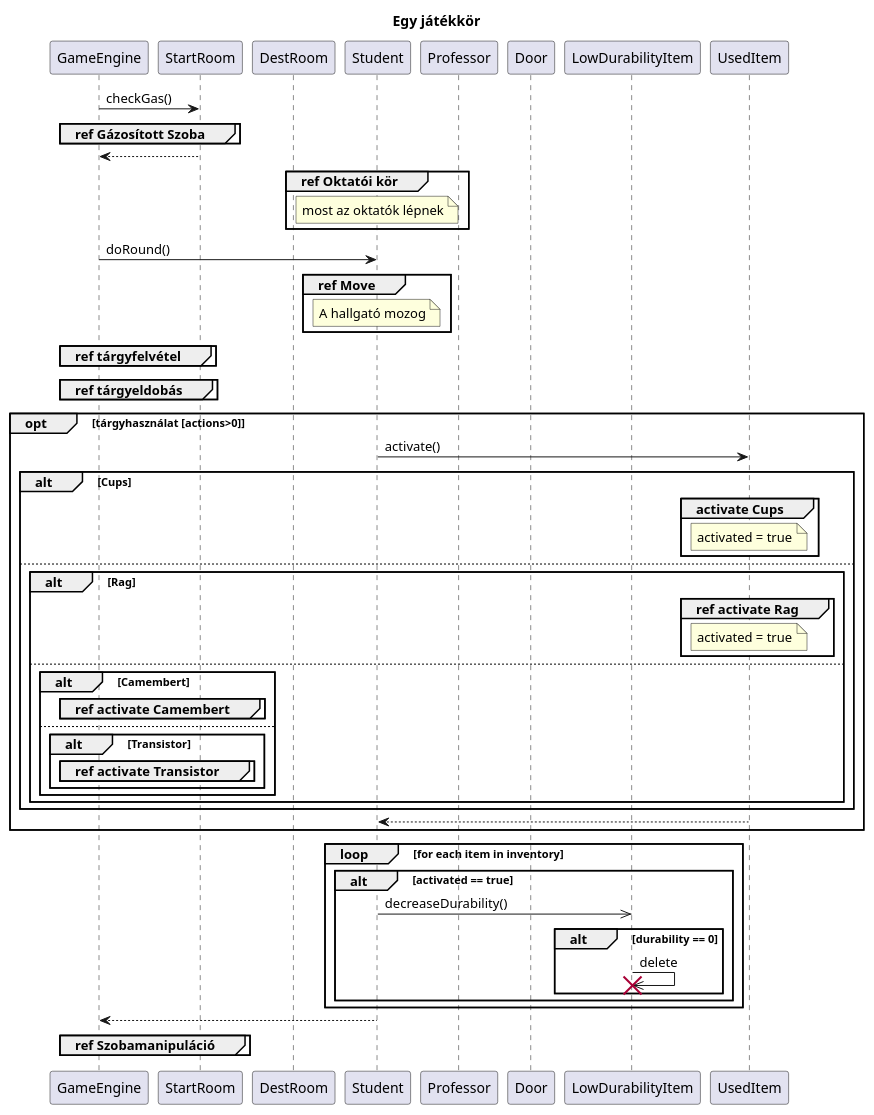
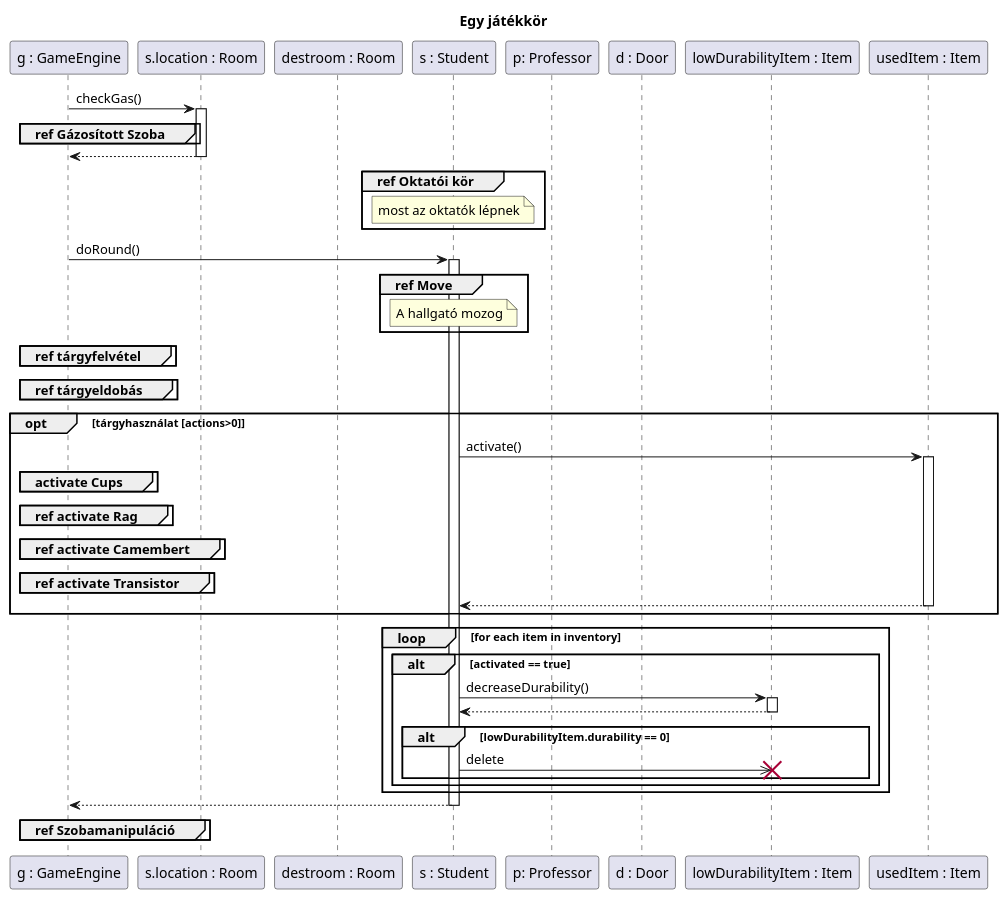
Before and after one commit to kipolaris/skyrimscriptsuttogok: the diagram in diagramms/src/game_round.puml, drawn with PlantUML. The commit also changed 4 other files, not shown here.

Commit message:
continued fixing diagrams

```diff
--- a/diagramms/src/game_round.puml
+++ b/diagramms/src/game_round.puml
@@ -1,82 +1,72 @@
 @startuml Round
 
 title Egy játékkör
 
-participant GameEngine as g
-participant StartRoom as sz
-participant DestRoom as dsz
-participant Student as h
-participant Professor as okt
-participant Door as a
-participant LowDurabilityItem as t2
-participant UsedItem as t
+participant "g : GameEngine" as g
+participant "s.location : Room" as sz
+participant "destroom : Room" as dsz
+participant "s : Student" as h
+participant "p: Professor" as okt
+participant "d : Door" as a
+participant "lowDurabilityItem : Item" as t2
+participant "usedItem : Item" as t
 
-'nem baj, ha nem aktorokból indulnak ki a diagramok?'
-
-g->sz : checkGas()
+g->sz ++: checkGas()
 group ref Gázosított Szoba
 end
-sz-->g
+sz-->g --:
 
 group ref Oktatói kör
     note over h: most az oktatók lépnek
 end
 
-g -> h : doRound()
+g -> h ++: doRound()
 
 group ref Move
 note over h : A hallgató mozog
 end
 
 
 
 group ref tárgyfelvétel
 end
 
 group ref tárgyeldobás
 end
 
 opt tárgyhasználat [actions>0]
-    h->t : activate()
+    h->t ++: activate()
 
-    alt Cups
+    
         group activate Cups
-            note over t : activated = true
         end
-    else
-        alt Rag
-            group ref activate Rag
-                note over t : activated = true
-            end
-        else
-            alt Camembert
-                group ref activate Camembert
-                end
-            else
-                alt Transistor
-                    group ref activate Transistor
-                    end
-                end
-            end
+
+        group ref activate Rag
         end
-    end
 
-    t-->h
+        group ref activate Camembert
+        end
+
+        group ref activate Transistor
+        end
+
+    t-->h --:
 
 end
 
 loop for each item in inventory
     alt activated == true
-        h->>t2 : decreaseDurability()
+        h->t2 ++: decreaseDurability()
+        return
 
-        alt durability == 0
-            t2->>t2 !!: delete
+        alt lowDurabilityItem.durability == 0
+            h->>t2 !!: delete
         end
     end
 end
 
-h-->g
+h-->g --:
 
 group ref Szobamanipuláció
 end
 @enduml
```
